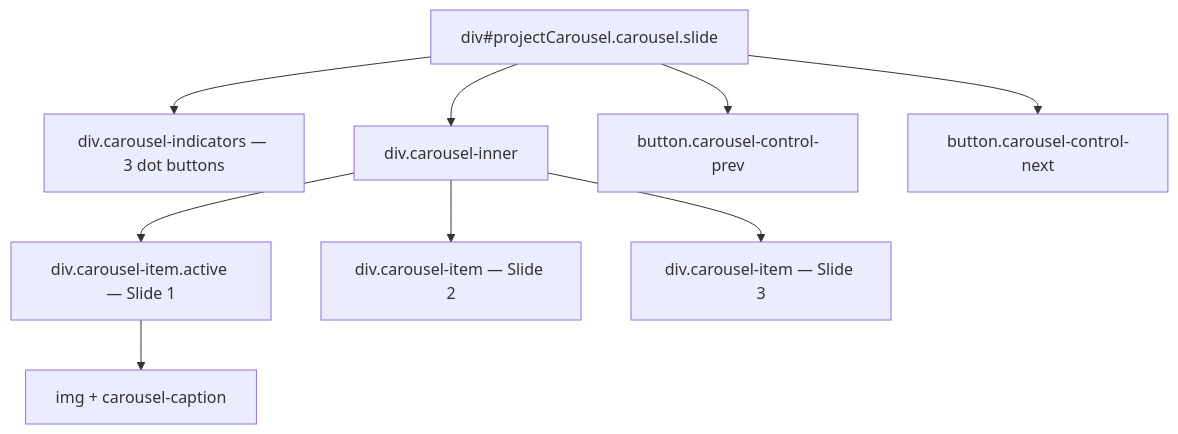
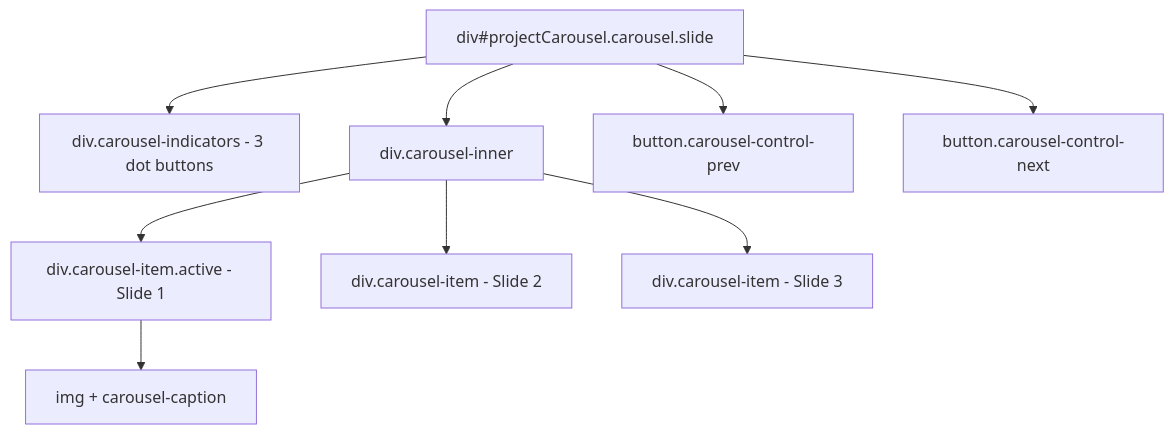
Before and after one commit to emmarthur/emmarthur.github.io: the second of 5 diagrams in CAROUSEL-DEEP-DIVE.md, drawn with Mermaid. The commit also changed other lines of this file and 3 other files, not shown here.

````diff
--- a/CAROUSEL-DEEP-DIVE.md
+++ b/CAROUSEL-DEEP-DIVE.md
@@ -48,19 +48,19 @@
 ```mermaid
 flowchart TB
   outer["div#projectCarousel.carousel.slide"]
-  indicators["div.carousel-indicators — 3 dot buttons"]
+  indicators["div.carousel-indicators - 3 dot buttons"]
   inner["div.carousel-inner"]
-  slide1["div.carousel-item.active — Slide 1"]
-  slide2["div.carousel-item — Slide 2"]
-  slide3["div.carousel-item — Slide 3"]
+  slide1["div.carousel-item.active - Slide 1"]
+  slide2["div.carousel-item - Slide 2"]
+  slide3["div.carousel-item - Slide 3"]
   prev["button.carousel-control-prev"]
   next["button.carousel-control-next"]
   outer --> indicators
   outer --> inner
   inner --> slide1
   inner --> slide2
   inner --> slide3
   outer --> prev
   outer --> next
   slide1 --> img1["img + carousel-caption"]
 ```
````
